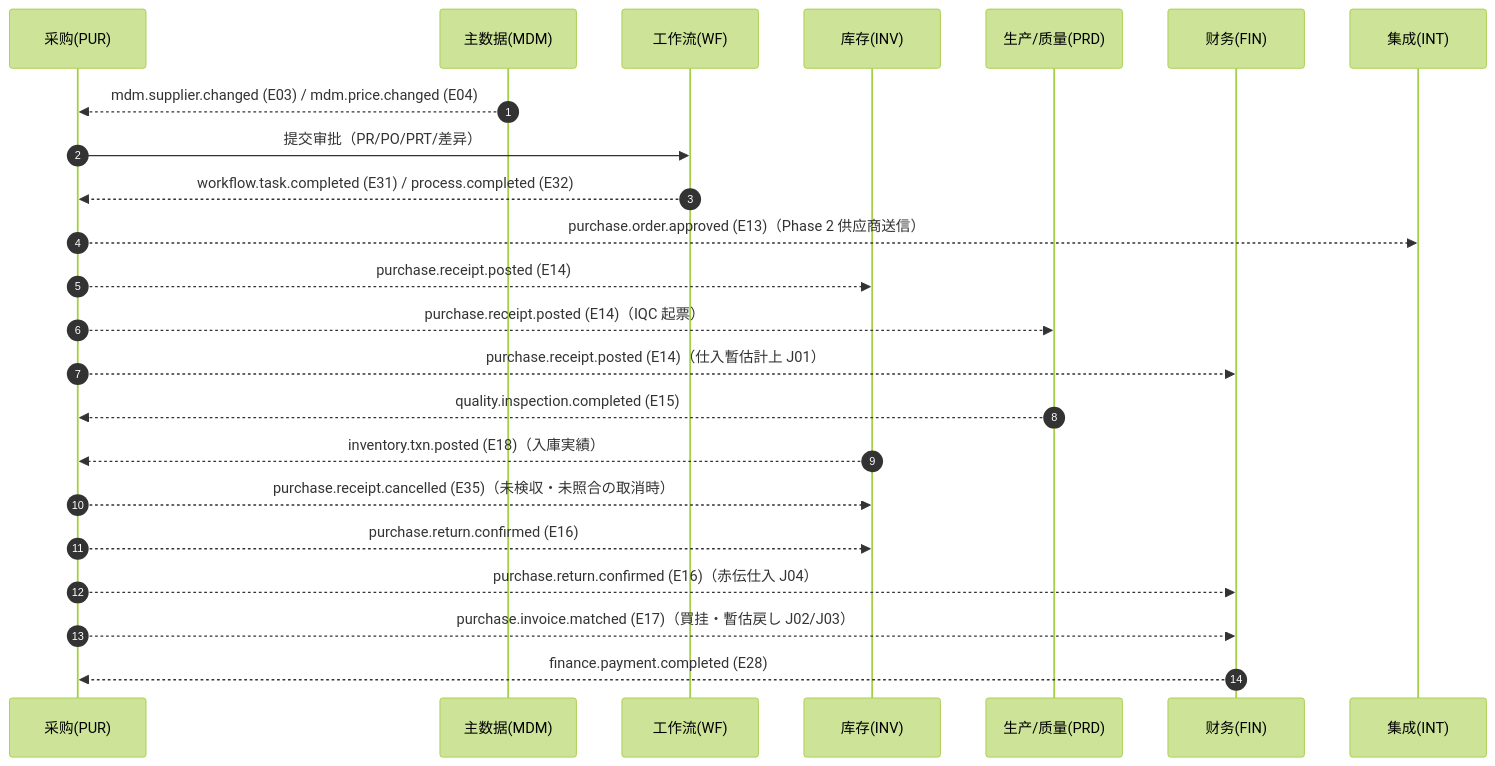
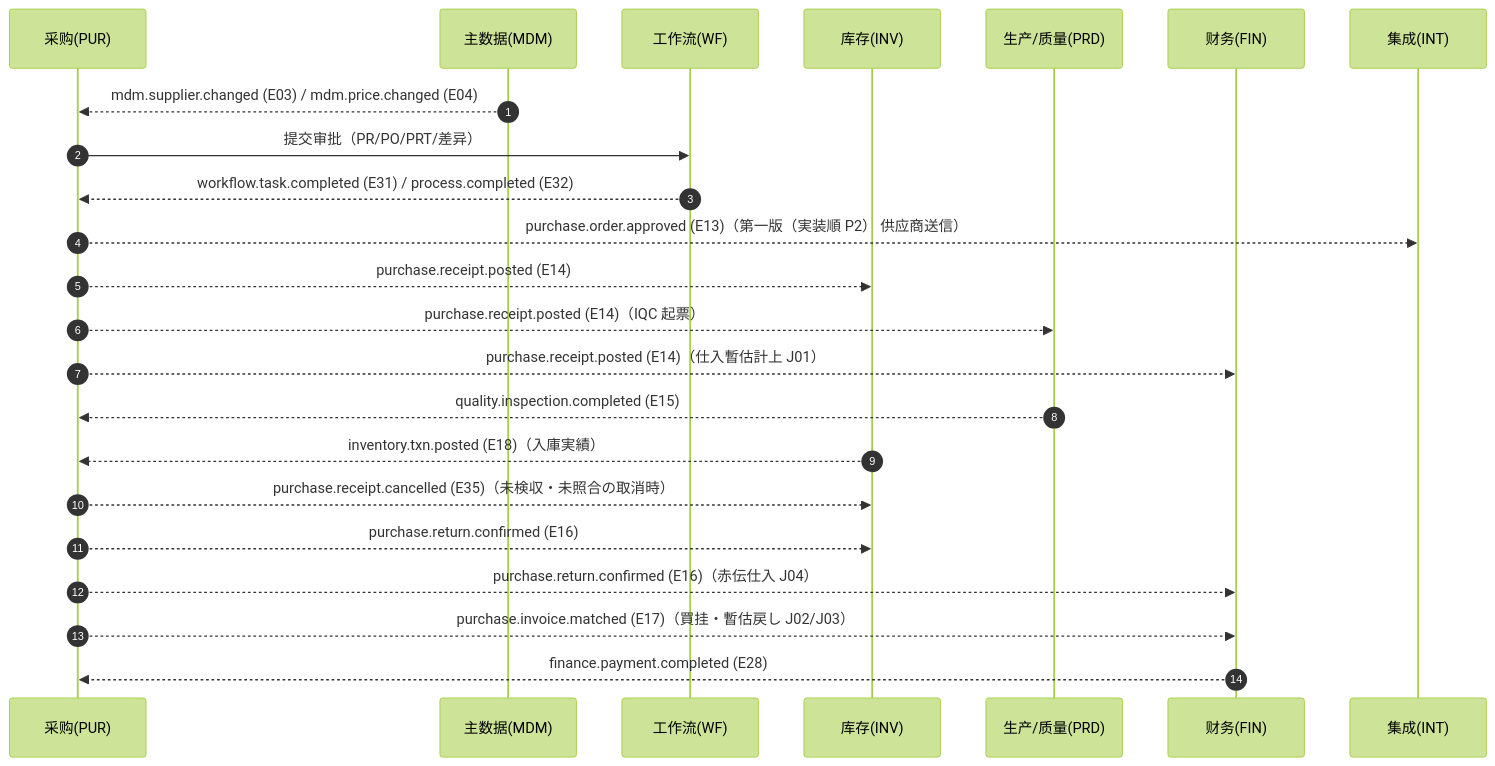
The second of 2 diagrams in docs/design/04-purchase/00-overview.md (Akarin7784/stellar-erp), drawn with Mermaid (forest theme) before and after one commit. The commit also changed other lines of this file and 12 other files, not shown here.

````diff
--- a/docs/design/04-purchase/00-overview.md
+++ b/docs/design/04-purchase/00-overview.md
@@ -139,26 +139,26 @@
 ```mermaid
 sequenceDiagram
     autonumber
     participant PUR as 采购(PUR)
     participant MDM as 主数据(MDM)
     participant WF as 工作流(WF)
     participant INV as 库存(INV)
     participant PRD as 生产/质量(PRD)
     participant FIN as 财务(FIN)
     participant INT as 集成(INT)
 
     MDM-->>PUR: mdm.supplier.changed (E03) / mdm.price.changed (E04)
     PUR->>WF: 提交审批（PR/PO/PRT/差异）
     WF-->>PUR: workflow.task.completed (E31) / process.completed (E32)
-    PUR-->>INT: purchase.order.approved (E13)（Phase 2 供应商送信）
+    PUR-->>INT: purchase.order.approved (E13)（第一版（実装順 P2） 供应商送信）
     PUR-->>INV: purchase.receipt.posted (E14)
     PUR-->>PRD: purchase.receipt.posted (E14)（IQC 起票）
     PUR-->>FIN: purchase.receipt.posted (E14)（仕入暫估計上 J01）
     PRD-->>PUR: quality.inspection.completed (E15)
     INV-->>PUR: inventory.txn.posted (E18)（入庫実績）
     PUR-->>INV: purchase.receipt.cancelled (E35)（未検収・未照合の取消時）
     PUR-->>INV: purchase.return.confirmed (E16)
     PUR-->>FIN: purchase.return.confirmed (E16)（赤伝仕入 J04）
     PUR-->>FIN: purchase.invoice.matched (E17)（買挂・暫估戻し J02/J03）
     FIN-->>PUR: finance.payment.completed (E28)
 ```
````
